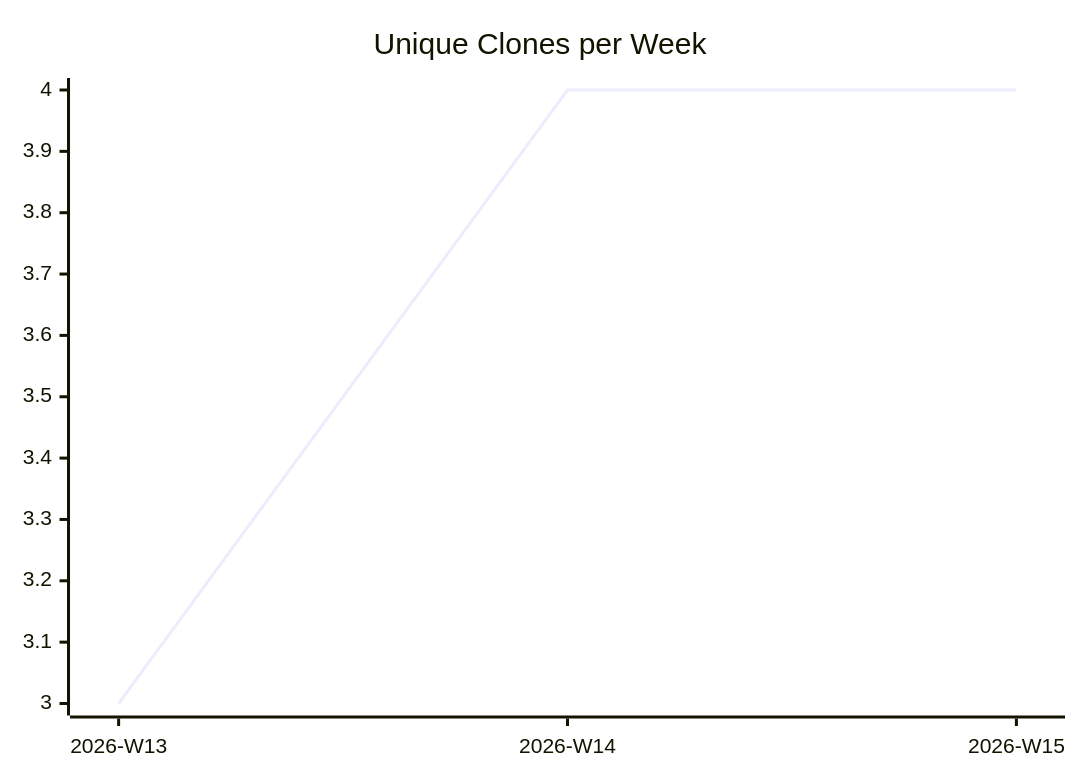
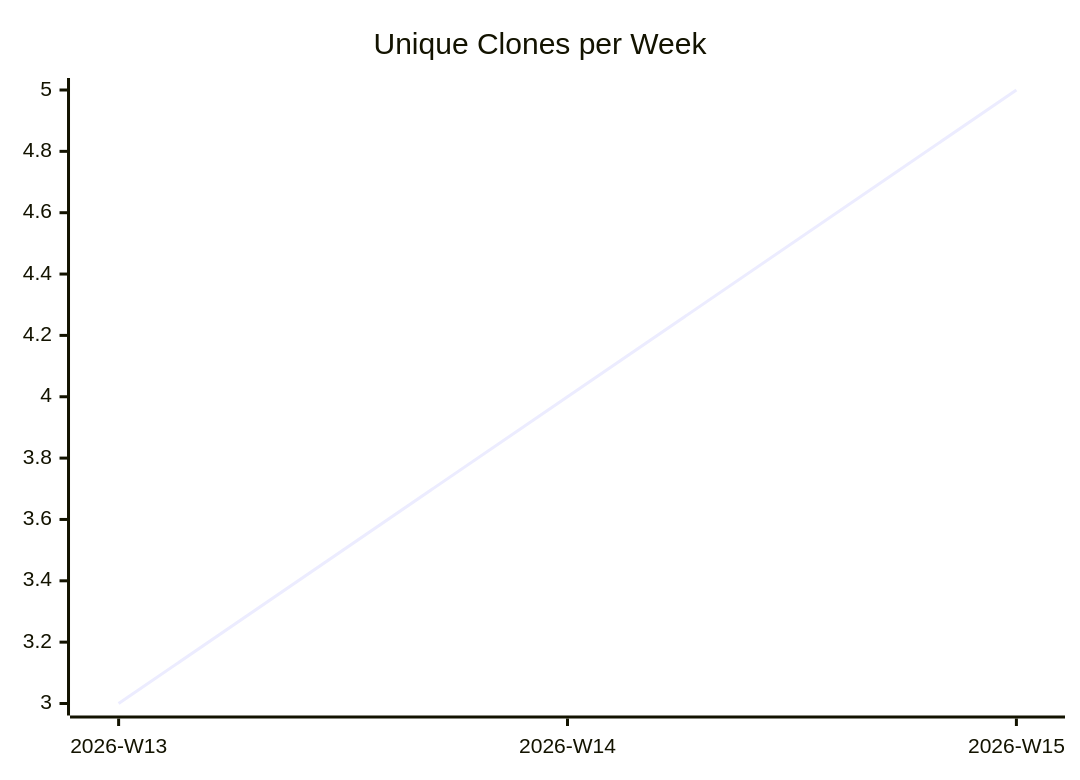
The third of 3 diagrams in karlmdavis/justdavis-karl/README.md (justdavis-family/github-analytics-data), drawn with Mermaid before and after one commit. The commit also changed other lines of this file and 192 other files, not shown here.

````diff
--- a/karlmdavis/justdavis-karl/README.md
+++ b/karlmdavis/justdavis-karl/README.md
@@ -19,6 +19,6 @@
 ```mermaid
 xychart-beta
   title "Unique Clones per Week"
   x-axis ["2026-W13", "2026-W14", "2026-W15"]
-  line [3, 4, 4]
+  line [3, 4, 5]
 ```
````
